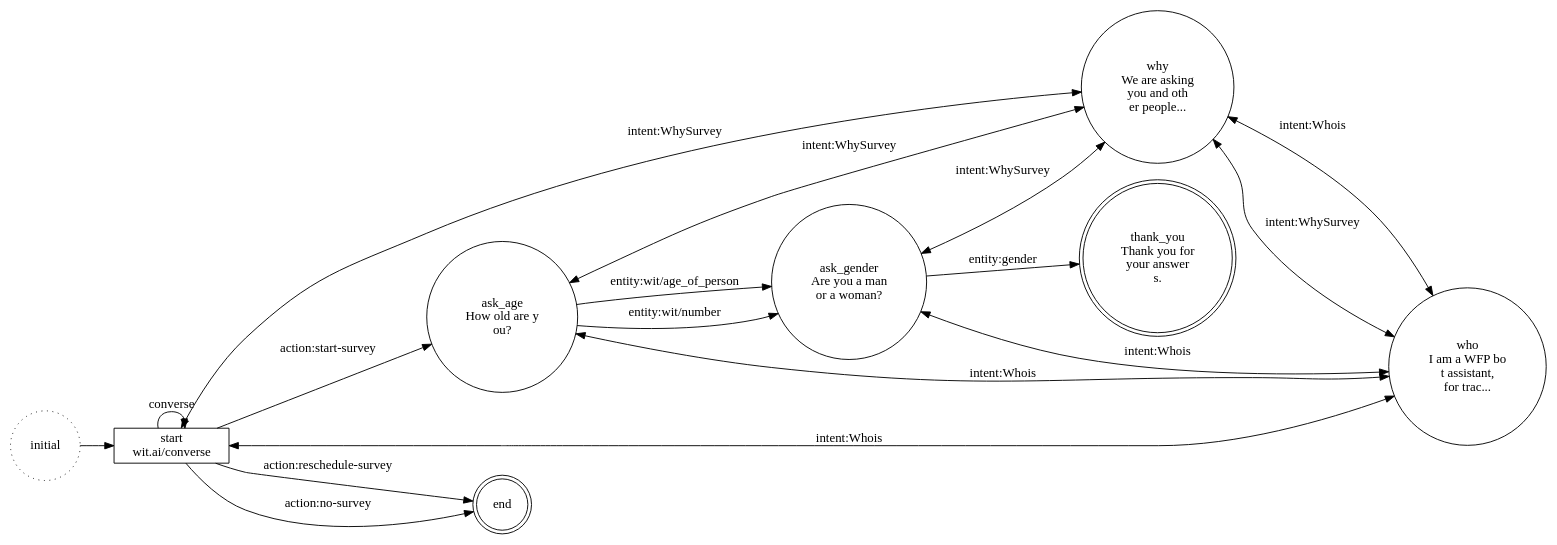
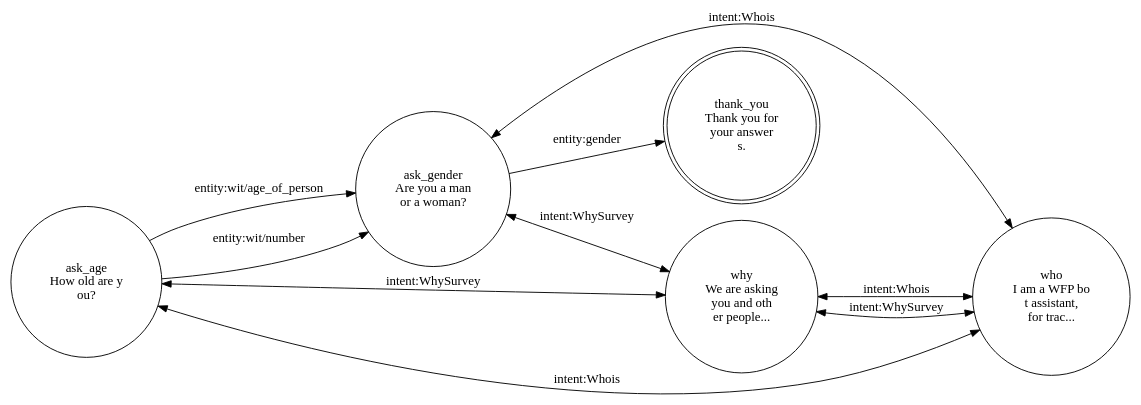
The diagram in data/survey.dot (instedd/mvam-chatbot), drawn with Graphviz before and after one commit. The commit also changed 4 other files, not shown here.

Commit message:
Add initial flag to survey state

```diff
--- a/data/survey.dot
+++ b/data/survey.dot
@@ -1,47 +1,34 @@
 digraph survey_flow {
 	rankdir=LR;
 	size="40";
-	initial [ label = "initial
-", shape = circle , style = dotted ];
-	start [ label = "start
-wit.ai/converse", shape = rectangle  ];
-	start -> start [ label = "converse" ]
 	ask_age [ label = "ask_age
 How old are y
-ou?", shape = circle  ];
+ou?", shape = circle ];
 	ask_gender [ label = "ask_gender
 Are you a man
  or a woman?
-", shape = circle  ];
+", shape = circle ];
 	thank_you [ label = "thank_you
 Thank you for
  your answer
-s.", shape = doublecircle  ];
-	end [ label = "end
-", shape = doublecircle  ];
+s.", shape = doublecircle ];
 	why [ label = "why
 We are asking
  you and oth
 er people...
-", shape = circle  ];
+", shape = circle ];
 	who [ label = "who
 I am a WFP bo
 t assistant,
  for trac...
-", shape = circle  ];
-	initial -> start [ label = "", dir = forward ];
-	start -> ask_age [ label = "action:start-survey", dir = forward ];
-	start -> end [ label = "action:reschedule-survey", dir = forward ];
-	start -> end [ label = "action:no-survey", dir = forward ];
-	start -> why [ label = "intent:WhySurvey", dir = both ];
-	start -> who [ label = "intent:Whois", dir = both ];
+", shape = circle ];
 	ask_age -> ask_gender [ label = "entity:wit/age_of_person", dir = forward ];
 	ask_age -> ask_gender [ label = "entity:wit/number", dir = forward ];
 	ask_age -> why [ label = "intent:WhySurvey", dir = both ];
 	ask_age -> who [ label = "intent:Whois", dir = both ];
 	ask_gender -> thank_you [ label = "entity:gender", dir = forward ];
 	ask_gender -> why [ label = "intent:WhySurvey", dir = both ];
 	ask_gender -> who [ label = "intent:Whois", dir = both ];
 	why -> who [ label = "intent:Whois", dir = both ];
 	who -> why [ label = "intent:WhySurvey", dir = both ];
 }
```
